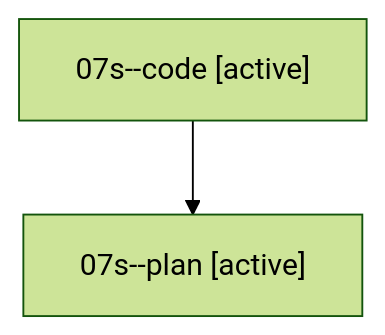
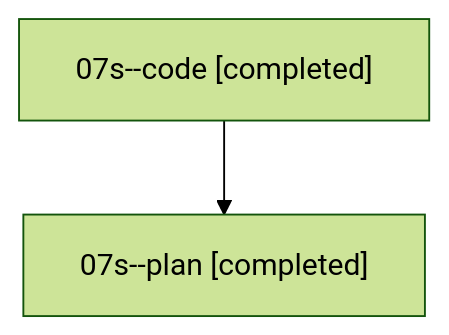
One commit to sase-org/sase--agents changed the diagram in families/bbugyi200.athena.07s.md. Above: the diagram before and after it, drawn with Mermaid (forest theme). The commit also changed other lines of this file and 54 other files, not shown here.

````diff
--- a/families/bbugyi200.athena.07s.md
+++ b/families/bbugyi200.athena.07s.md
@@ -9,6 +9,6 @@
 ```mermaid
 flowchart TD
-  n0["07s--code [active]"]
-  n1["07s--plan [active]"]
+  n0["07s--code [completed]"]
+  n1["07s--plan [completed]"]
   n0 --> n1
 ```
````
